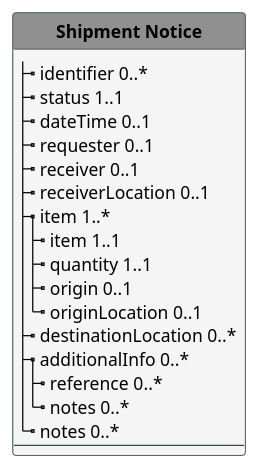
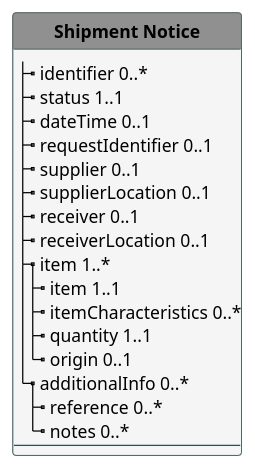
The diagram in input/images-source/model-shipmentnotice.plantuml (IHE/pharm-supply), drawn with PlantUML before and after one commit. The commit also changed 13 other files, not shown here.

```diff
--- a/input/images-source/model-shipmentnotice.plantuml
+++ b/input/images-source/model-shipmentnotice.plantuml
@@ -1,43 +1,43 @@
 @startuml
 'skinparam linetype polyline
 'skinparam linetype ortho
 hide circle
 hide stereotype
 
 '!pragma layout smetana
 
 skinparam class<<MD>> {
  BorderColor DarkSlateGray
  BackgroundColor WhiteSmoke
  HeaderBackgroundColor #909090
 }
 
 skinparam class<<TM>> {
  BorderColor #505090
  BackgroundColor APPLICATION
  HeaderBackgroundColor SkyBlue
 }
 
     class "**Shipment Notice**"<<MD>> {
         |_ identifier 0..*
         |_ status 1..1
         |_ dateTime 0..1
-        |_ requester 0..1
+        |_ requestIdentifier 0..1
+        |_ supplier 0..1
+        |_ supplierLocation 0..1
         |_ receiver 0..1
         |_ receiverLocation 0..1
         |_ item 1..*
           |_ item 1..1
+          |_ itemCharacteristics 0..*
           |_ quantity 1..1
           |_ origin 0..1
-          |_ originLocation 0..1
-        |_ destinationLocation 0..*  
         |_ additionalInfo 0..*  
           |_ reference 0..*  
           |_ notes 0..*  
-        |_ notes 0..* 
         --
     }
 
 
 
 @enduml
```
